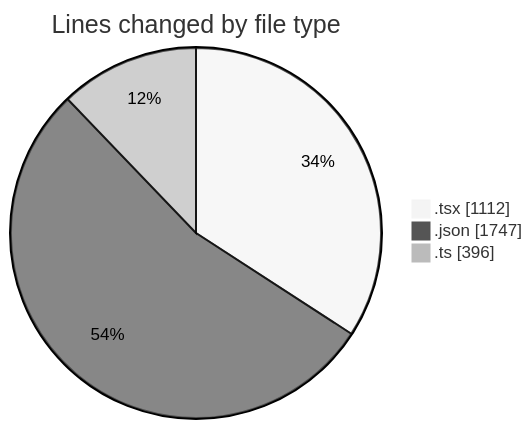
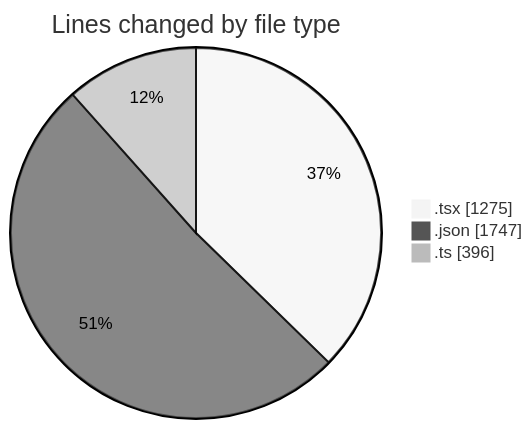
Before and after one commit to julien-gomy/code-tracking: the first of 2 diagrams in 2025-10-30/eventscop-frontend-guide__workspace_/README.md, drawn with Mermaid (neutral theme). The commit also changed other lines of this file and 1 other file, not shown here.

````diff
--- a/2025-10-30/eventscop-frontend-guide__workspace_/README.md
+++ b/2025-10-30/eventscop-frontend-guide__workspace_/README.md
@@ -30,7 +31,7 @@
 ```mermaid
 pie showData
 title Lines changed by file type
-".tsx" : 1112
+".tsx" : 1275
 ".json" : 1747
 ".ts" : 396
 ```
````
